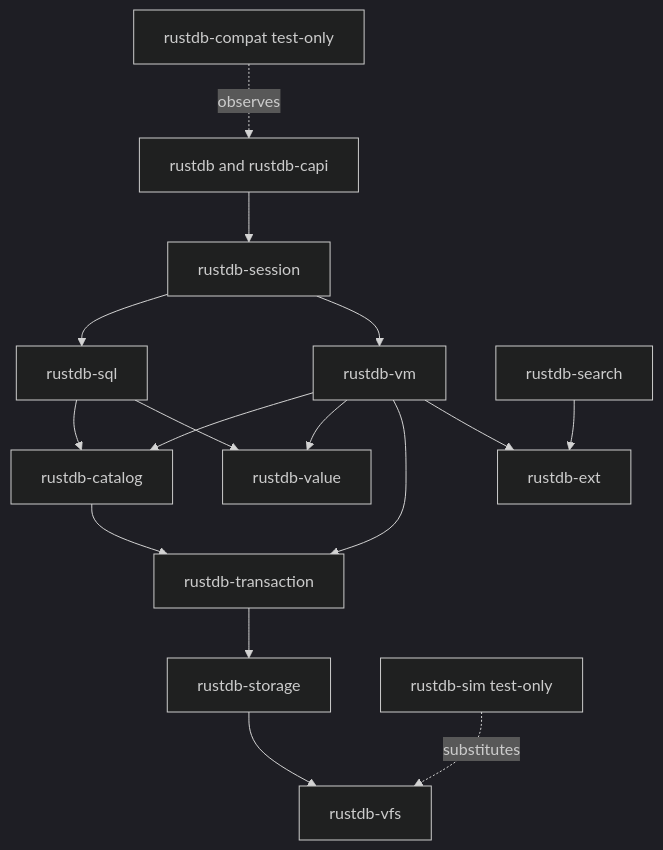
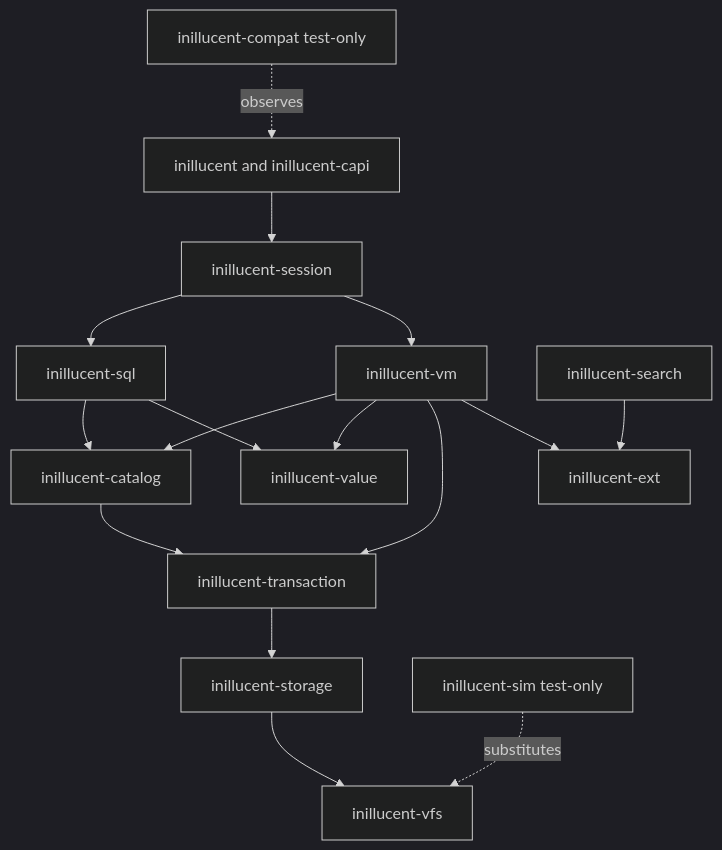
Before and after one commit to jasonmcaffee/inillucent: the fourth of 4 diagrams in tasks/task-1781-sqlite-feature-parity-tdd.md, drawn with Mermaid (dark theme). The commit also changed other lines of this file and 767 other files, not shown here.

````diff
--- a/tasks/task-1781-sqlite-feature-parity-tdd.md
+++ b/tasks/task-1781-sqlite-feature-parity-tdd.md
@@ -658,18 +658,18 @@
 ```mermaid
 flowchart TD
-    API[rustdb and rustdb-capi] --> Session[rustdb-session]
-    Session --> SQL[rustdb-sql]
-    Session --> VM[rustdb-vm]
-    SQL --> Catalog[rustdb-catalog]
-    SQL --> Values[rustdb-value]
+    API[inillucent and inillucent-capi] --> Session[inillucent-session]
+    Session --> SQL[inillucent-sql]
+    Session --> VM[inillucent-vm]
+    SQL --> Catalog[inillucent-catalog]
+    SQL --> Values[inillucent-value]
     VM --> Catalog
     VM --> Values
-    VM --> Tx[rustdb-transaction]
-    VM --> Ext[rustdb-ext]
+    VM --> Tx[inillucent-transaction]
+    VM --> Ext[inillucent-ext]
     Catalog --> Tx
-    Tx --> Storage[rustdb-storage]
-    Storage --> VFS[rustdb-vfs]
-    Search[rustdb-search] --> Ext
-    Compat[rustdb-compat test-only] -. observes .-> API
-    Sim[rustdb-sim test-only] -. substitutes .-> VFS
+    Tx --> Storage[inillucent-storage]
+    Storage --> VFS[inillucent-vfs]
+    Search[inillucent-search] --> Ext
+    Compat[inillucent-compat test-only] -. observes .-> API
+    Sim[inillucent-sim test-only] -. substitutes .-> VFS
 ```
````
